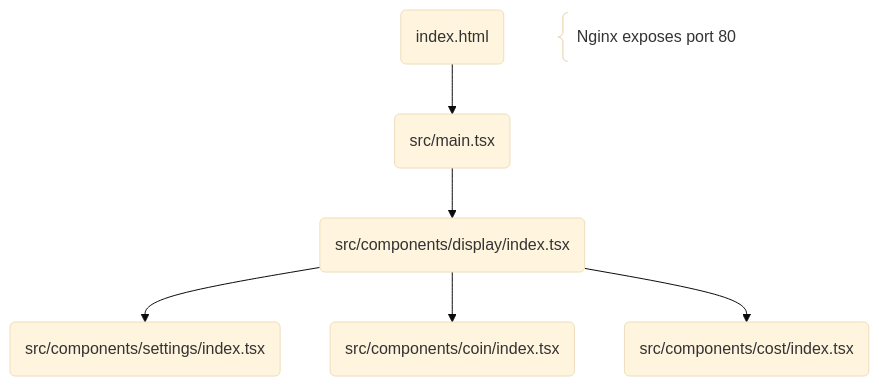
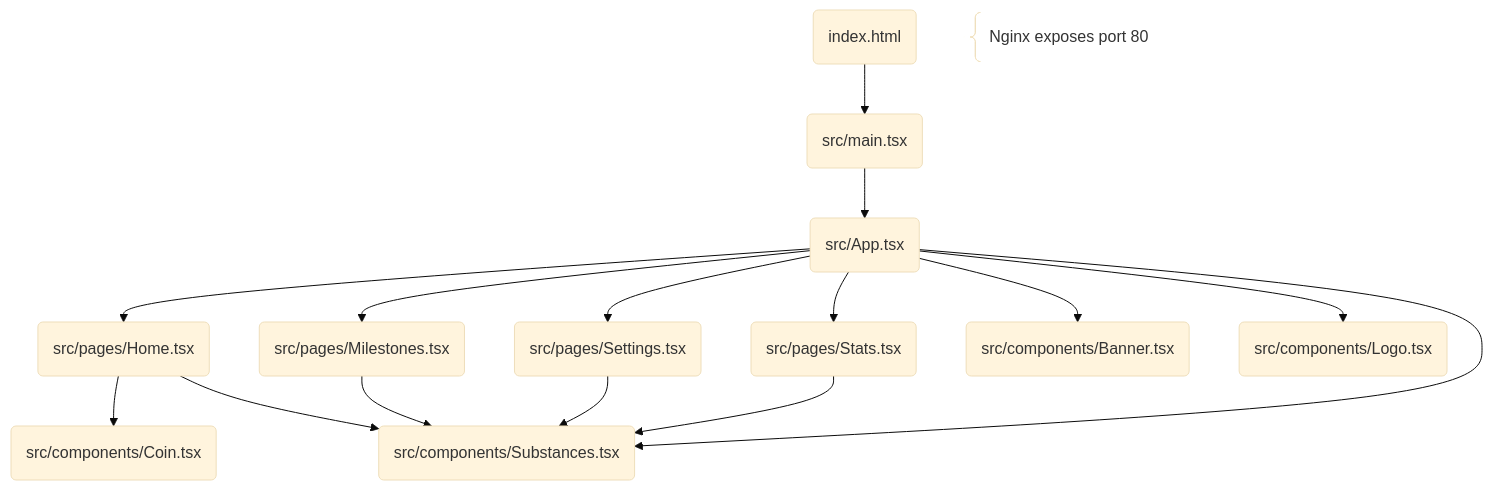
Before and after one commit to chump29/sober: the second of 2 diagrams in docs/README-frontend.template.md, drawn with Mermaid (base theme). The commit also changed other lines of this file and 133 other files, not shown here.

````diff
--- a/docs/README-frontend.template.md
+++ b/docs/README-frontend.template.md
@@ -31,14 +31,23 @@
 ```mermaid
 flowchart TD
 index(index.html)
 main(src/main.tsx)
-display(src/components/display/index.tsx)
-settings(src/components/settings/index.tsx)
-coin(src/components/coin/index.tsx)
-cost(src/components/cost/index.tsx)
-index-->main-->display
-display-->settings
-display-->coin
-display-->cost
+app(src/App.tsx)
+home(src/pages/Home.tsx)
+milestones(src/pages/Milestones.tsx)
+settings(src/pages/Settings.tsx)
+stats(src/pages/Stats.tsx)
+banner(src/components/Banner.tsx)
+coin(src/components/Coin.tsx)
+logo(src/components/Logo.tsx)
+substances(src/components/Substances.tsx)
+app-->home-->coin
+home-->substances
+app-->logo
+index-->main-->app-->banner
+app-->milestones-->substances
+app-->settings-->substances
+app-->stats-->substances
+app-->substances
 port@{shape: comment, label: "&nbsp; Nginx exposes port 80"}
 ```
````
